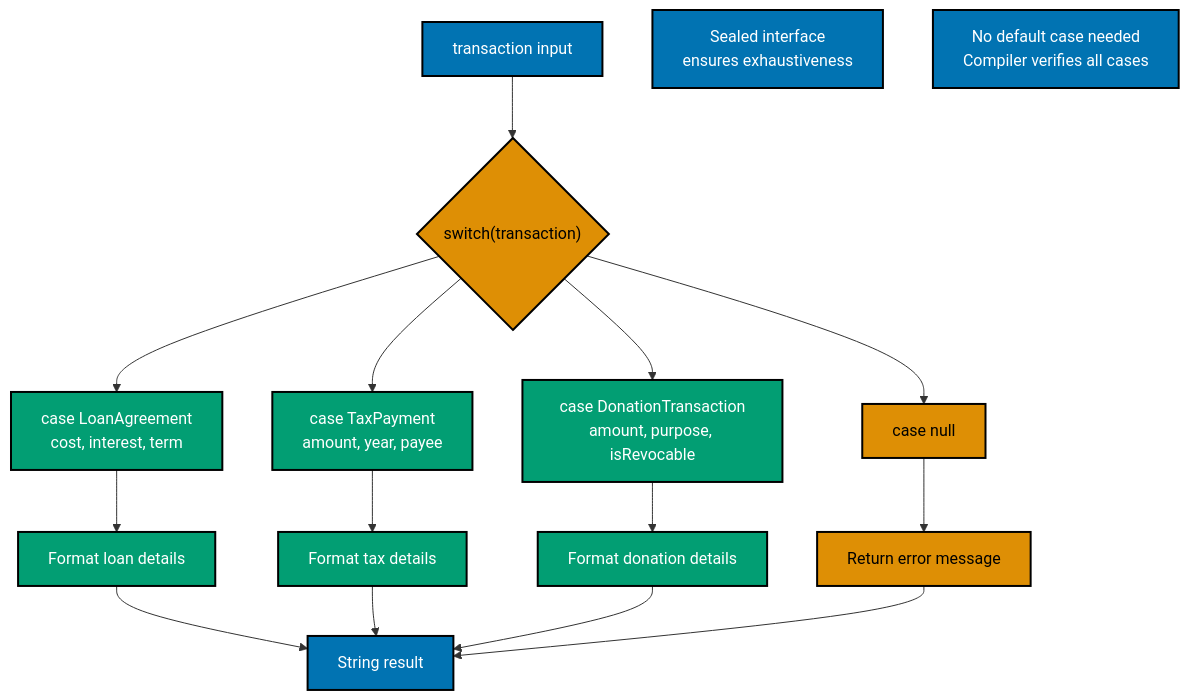
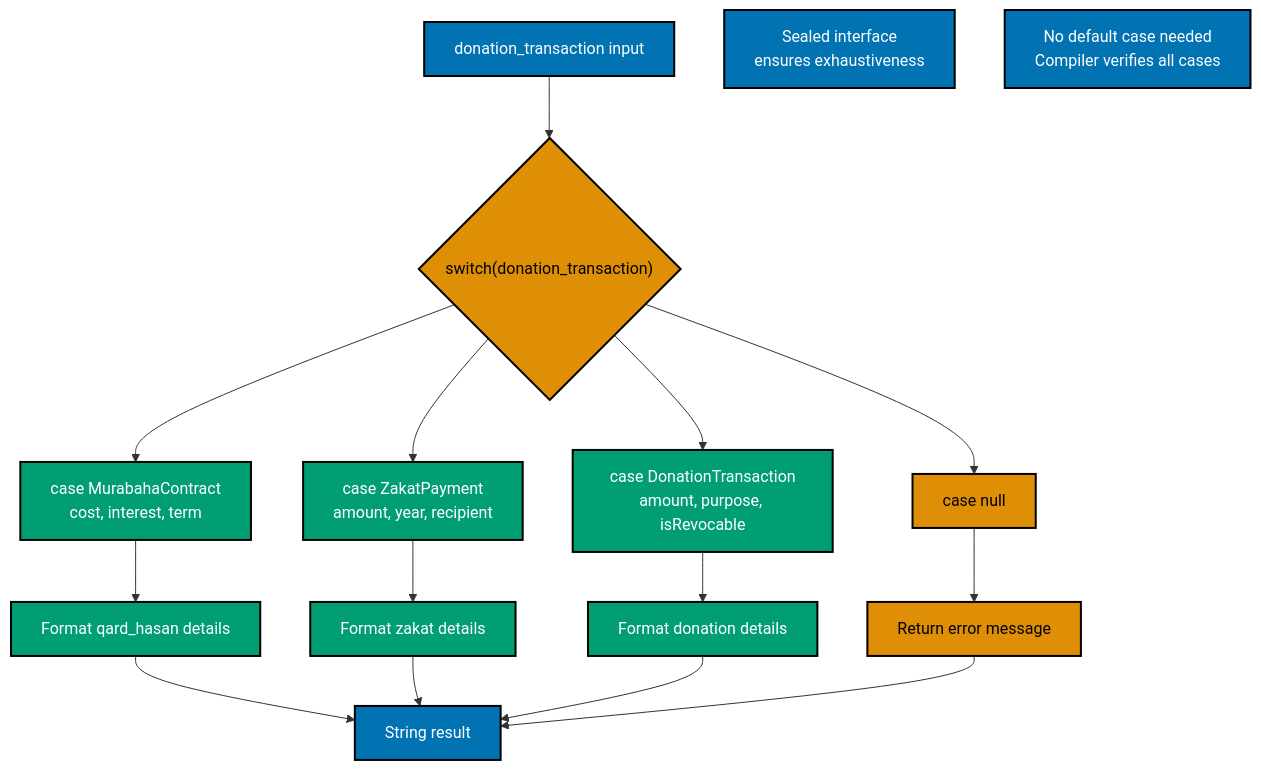
Before and after one commit to wahidyankf/open-sharia-enterprise: the second of 6 diagrams in docs/explanation/software/stack-lang/java/ex-so-stla-ja__idioms.md, drawn with Mermaid. The commit also changed other lines of this file and 81 other files, not shown here.

````diff
--- a/docs/explanation/software/stack-lang/java/ex-so-stla-ja__idioms.md
+++ b/docs/explanation/software/stack-lang/java/ex-so-stla-ja__idioms.md
@@ -253,29 +257,29 @@
 ```mermaid
 %% Color Palette: Blue #0173B2, Orange #DE8F05, Teal #029E73
 %% All colors are color-blind friendly and meet WCAG AA contrast standards
 
 graph TD
-    Input[transaction input]:::blue --> Switch{switch#40;transaction#41;}:::orange
+    Input[donation_transaction input]:::blue --> Switch{switch#40;donation_transaction#41;}:::orange
 
-    Switch --> Case1[case LoanAgreement<br/>cost, interest, term]:::teal
-    Switch --> Case2[case TaxPayment<br/>amount, year, payee]:::teal
+    Switch --> Case1[case MurabahaContract<br/>cost, interest, term]:::teal
+    Switch --> Case2[case ZakatPayment<br/>amount, year, recipient]:::teal
     Switch --> Case3[case DonationTransaction<br/>amount, purpose, isRevocable]:::teal
     Switch --> Case4[case null]:::orange
 
-    Case1 --> Format1[Format loan details]:::teal
-    Case2 --> Format2[Format tax details]:::teal
+    Case1 --> Format1[Format qard_hasan details]:::teal
+    Case2 --> Format2[Format zakat details]:::teal
     Case3 --> Format3[Format donation details]:::teal
     Case4 --> Format4[Return error message]:::orange
 
     Format1 --> Return[String result]:::blue
     Format2 --> Return
     Format3 --> Return
     Format4 --> Return
 
     Note1[Sealed interface<br/>ensures exhaustiveness]:::blue
     Note2[No default case needed<br/>Compiler verifies all cases]:::blue
 
     classDef blue fill:#0173B2,stroke:#000000,color:#FFFFFF,stroke-width:2px
     classDef orange fill:#DE8F05,stroke:#000000,color:#000000,stroke-width:2px
     classDef teal fill:#029E73,stroke:#000000,color:#FFFFFF,stroke-width:2px
 ```
````
